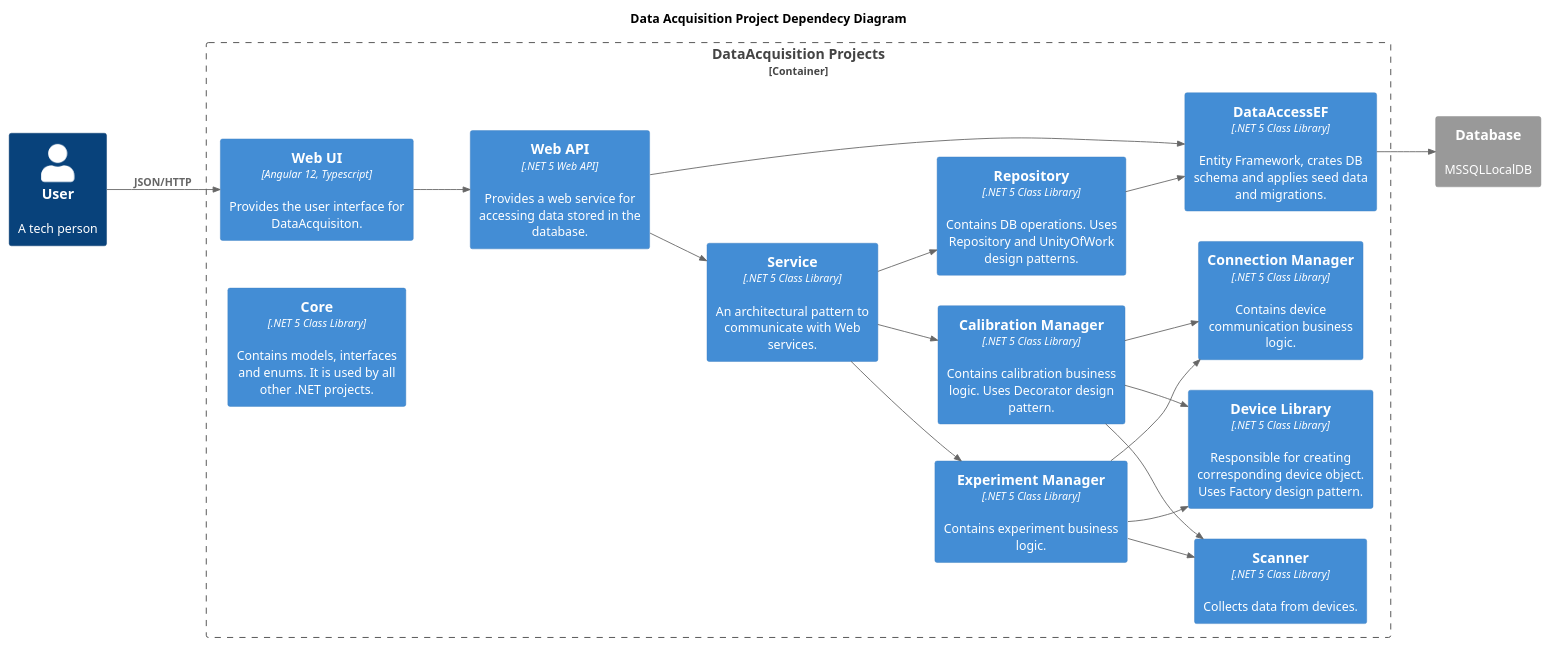
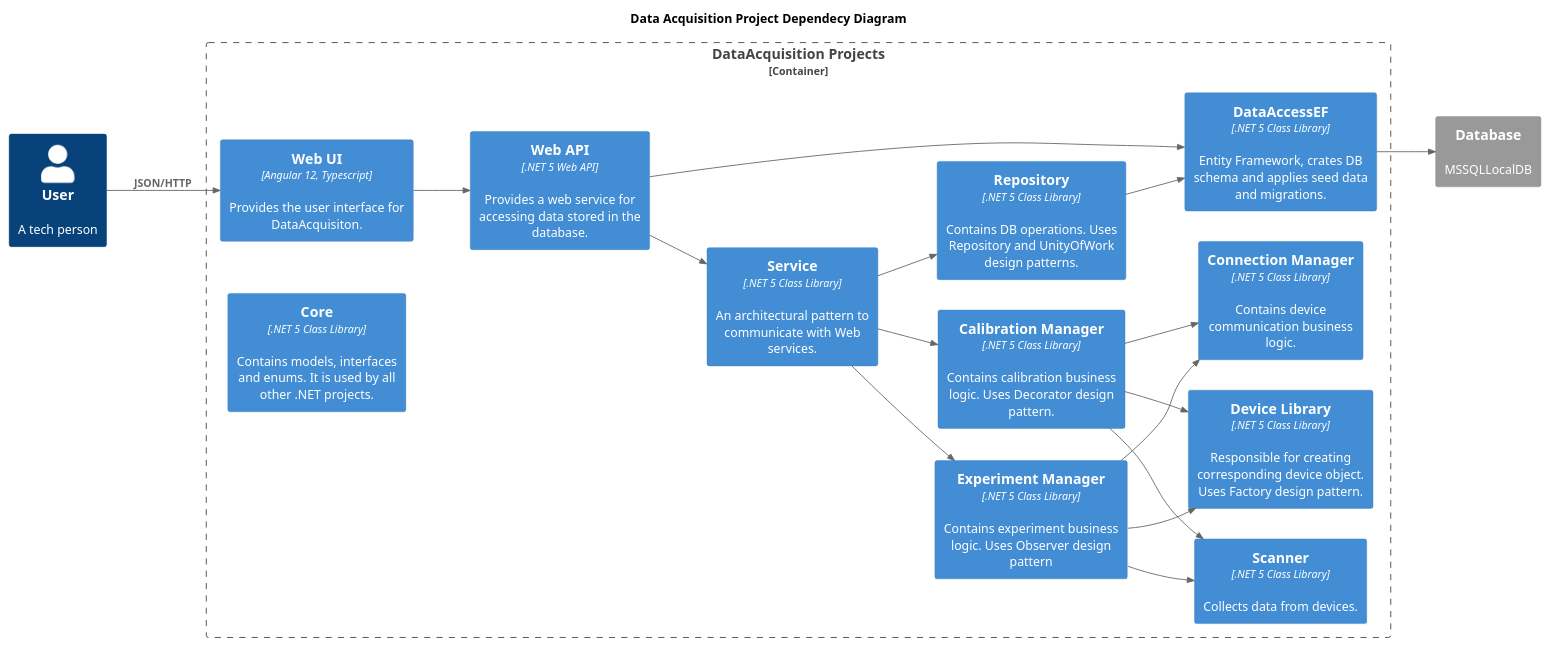
One commit to mistip83/DataAcquisition.NET6 changed the diagram in DataAcquisition.Web/acquisition-web-app/project-structure.puml. Above: the diagram before and after it, drawn with PlantUML. The commit also changed 2 other files, not shown here.

Commit message:
Created readme and updated project structure diagram

```diff
--- a/DataAcquisition.Web/acquisition-web-app/project-structure.puml
+++ b/DataAcquisition.Web/acquisition-web-app/project-structure.puml
@@ -1,51 +1,51 @@
 @startuml "Data Acquisition Project Structure Diagram"
 !include <c4/C4_Container.puml>
 
 LAYOUT_LEFT_RIGHT()
 HIDE_STEREOTYPE()
 
 title Data Acquisition Project Dependecy Diagram
 
 Person(user, User, "A tech person")
 
 
 Container_Boundary(dataAcquisition, "DataAcquisition Projects") {
     Container(web_app, "Web UI", "Angular 12, Typescript", "Provides the user interface for DataAcquisiton.")
     Container(web_api, "Web API", ".NET 5 Web API", "Provides a web service for accessing data stored in the database.")
     Container(calibration_manager, "Calibration Manager", ".NET 5 Class Library", "Contains calibration business logic. Uses Decorator design pattern.")
     Container(connection_manager, "Connection Manager", ".NET 5 Class Library", "Contains device communication business logic.")
     Container(ef, "DataAccessEF", ".NET 5 Class Library", "Entity Framework, crates DB schema and applies seed data and migrations.")
     Container(device_library, "Device Library", ".NET 5 Class Library", "Responsible for creating corresponding device object. Uses Factory design pattern.")
-    Container(experiment_manager, "Experiment Manager", ".NET 5 Class Library", "Contains experiment business logic.")
+    Container(experiment_manager, "Experiment Manager", ".NET 5 Class Library", "Contains experiment business logic. Uses Observer design pattern")
     Container(repository, "Repository", ".NET 5 Class Library", "Contains DB operations. Uses Repository and UnityOfWork design patterns.")
     Container(scanner, "Scanner", ".NET 5 Class Library", "Collects data from devices.")
     Container(service, "Service", ".NET 5 Class Library", "An architectural pattern to communicate with Web services.")
     Container(core, "Core", ".NET 5 Class Library", "Contains models, interfaces and enums. It is used by all other .NET projects.")
 }
 
 System_Ext(db, "Database", "MSSQLLocalDB")
 
 Rel(user, web_app, "JSON/HTTP")
 
 Rel(web_app, web_api, " ")
 
 Rel(web_api, ef, " ")
 Rel(web_api, service, " ")
 
 Rel(calibration_manager, connection_manager, " ")
 Rel(calibration_manager, device_library, " ")
 Rel(calibration_manager, scanner, " ")
 
 Rel(ef, db, " ")
 
 Rel(experiment_manager, connection_manager, " ")
 Rel(experiment_manager, device_library, " ")
 Rel(experiment_manager, scanner, " ")
 
 Rel(repository, ef, " ")
 
 Rel(service, calibration_manager, " ")
 Rel(service, experiment_manager, " ")
 Rel(service, repository, " ")
 
 @enduml
```
